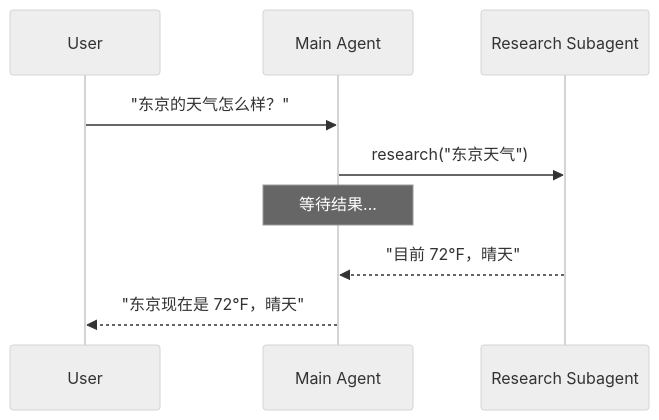
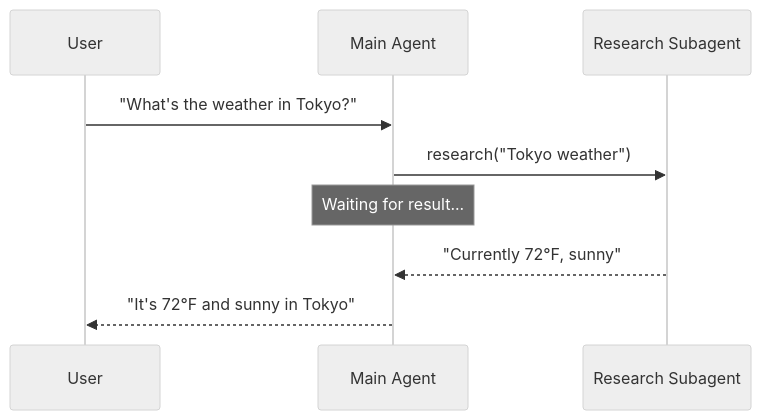
Before and after one commit to kunfan96/cndocs-langchain: the second of 5 diagrams in oss/python/langchain/multi-agent/subagents.mdx, drawn with Mermaid (neutral theme). The commit also changed other lines of this file and 2538 other files, not shown here.

````diff
--- a/oss/python/langchain/multi-agent/subagents.mdx
+++ b/oss/python/langchain/multi-agent/subagents.mdx
@@ -105,12 +105,12 @@
 ```mermaid
 sequenceDiagram
     participant User
     participant Main Agent
     participant Research Subagent
 
-    User->>Main Agent: "东京的天气怎么样？"
-    Main Agent->>Research Subagent: research("东京天气")
-    Note over Main Agent: 等待结果...
-    Research Subagent-->>Main Agent: "目前 72°F，晴天"
-    Main Agent-->>User: "东京现在是 72°F，晴天"
+    User->>Main Agent: "What's the weather in Tokyo?"
+    Main Agent->>Research Subagent: research("Tokyo weather")
+    Note over Main Agent: Waiting for result...
+    Research Subagent-->>Main Agent: "Currently 72°F, sunny"
+    Main Agent-->>User: "It's 72°F and sunny in Tokyo"
 ```
````
